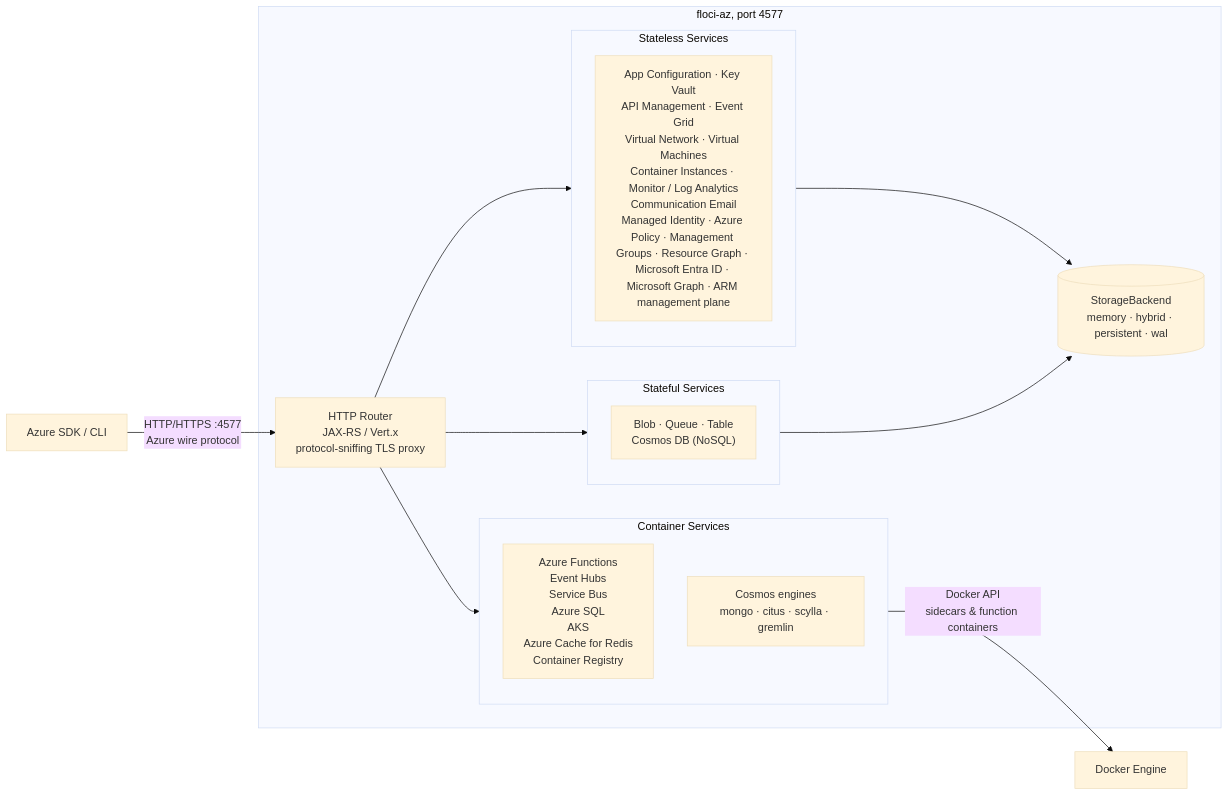
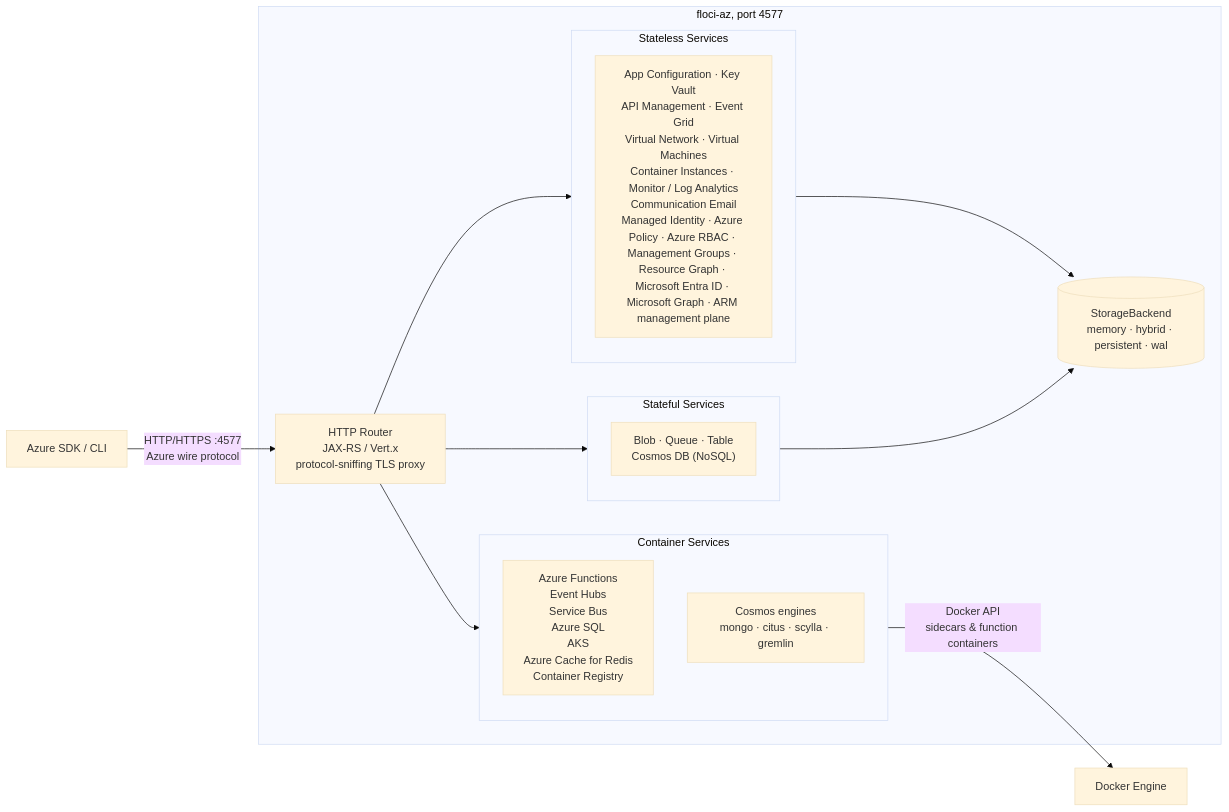
Before and after one commit to floci-io/floci-az: the diagram in README.md, drawn with Mermaid (base theme). The commit also changed other lines of this file and 35 other files, not shown here.

````diff
--- a/README.md
+++ b/README.md
@@ -278,30 +279,30 @@
 ```mermaid
 flowchart LR
     Client["Azure SDK / CLI"]
 
     subgraph FlociAz ["floci-az, port 4577"]
         Router["HTTP Router\nJAX-RS / Vert.x\nprotocol-sniffing TLS proxy"]
 
         subgraph Stateless ["Stateless Services"]
-            A["App Configuration · Key Vault\nAPI Management · Event Grid\nVirtual Network · Virtual Machines\nContainer Instances · Monitor / Log Analytics\nCommunication Email\nManaged Identity · Azure Policy · Management Groups · Resource Graph · Microsoft Entra ID · Microsoft Graph · ARM management plane"]
+            A["App Configuration · Key Vault\nAPI Management · Event Grid\nVirtual Network · Virtual Machines\nContainer Instances · Monitor / Log Analytics\nCommunication Email\nManaged Identity · Azure Policy · Azure RBAC · Management Groups · Resource Graph · Microsoft Entra ID · Microsoft Graph · ARM management plane"]
         end
 
         subgraph Stateful ["Stateful Services"]
             B["Blob · Queue · Table\nCosmos DB (NoSQL)"]
         end
 
         subgraph Containers ["Container Services"]
             C["Azure Functions\nEvent Hubs\nService Bus\nAzure SQL\nAKS\nAzure Cache for Redis\nContainer Registry"]
             D["Cosmos engines\nmongo · citus · scylla · gremlin"]
         end
 
         Router --> Stateless
         Router --> Stateful
         Router --> Containers
         Stateless & Stateful --> Store[("StorageBackend\nmemory · hybrid · persistent · wal")]
     end
 
     Docker["Docker Engine"]
     Client -->|"HTTP/HTTPS :4577\nAzure wire protocol"| Router
     Containers -->|"Docker API\nsidecars & function containers"| Docker
 ```
````
